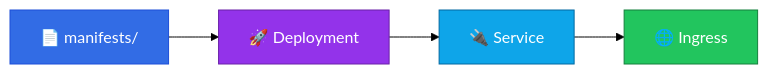
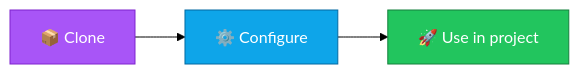
One commit to manansbdb/k8s-manifests-starter changed the diagram in README.md. Above: the diagram before and after it, drawn with Mermaid (forest theme). The commit also changed other lines of this file and 1 other file, not shown here.

Commit message:
docs: polish README (banner, badges, mermaid, EN+PT)

````diff
--- a/README.md
+++ b/README.md
@@ -28,10 +27,8 @@
 ```mermaid
 flowchart LR
-  A["📄 manifests/"] --> B["🚀 Deployment"]
-  B --> C["🔌 Service"]
-  C --> D["🌐 Ingress"]
-  style A fill:#326CE5,stroke:#1d4ed8,color:#fff
-  style B fill:#9333ea,stroke:#6b21a8,color:#fff
-  style C fill:#0ea5e9,stroke:#0369a1,color:#fff
-  style D fill:#22c55e,stroke:#15803d,color:#fff
+  A["📦 Clone"] --> B["⚙️ Configure"]
+  B --> C["🚀 Use in project"]
+  style A fill:#a855f7,stroke:#7e22ce,color:#fff
+  style B fill:#0ea5e9,stroke:#0369a1,color:#fff
+  style C fill:#22c55e,stroke:#15803d,color:#fff
 ```
````
